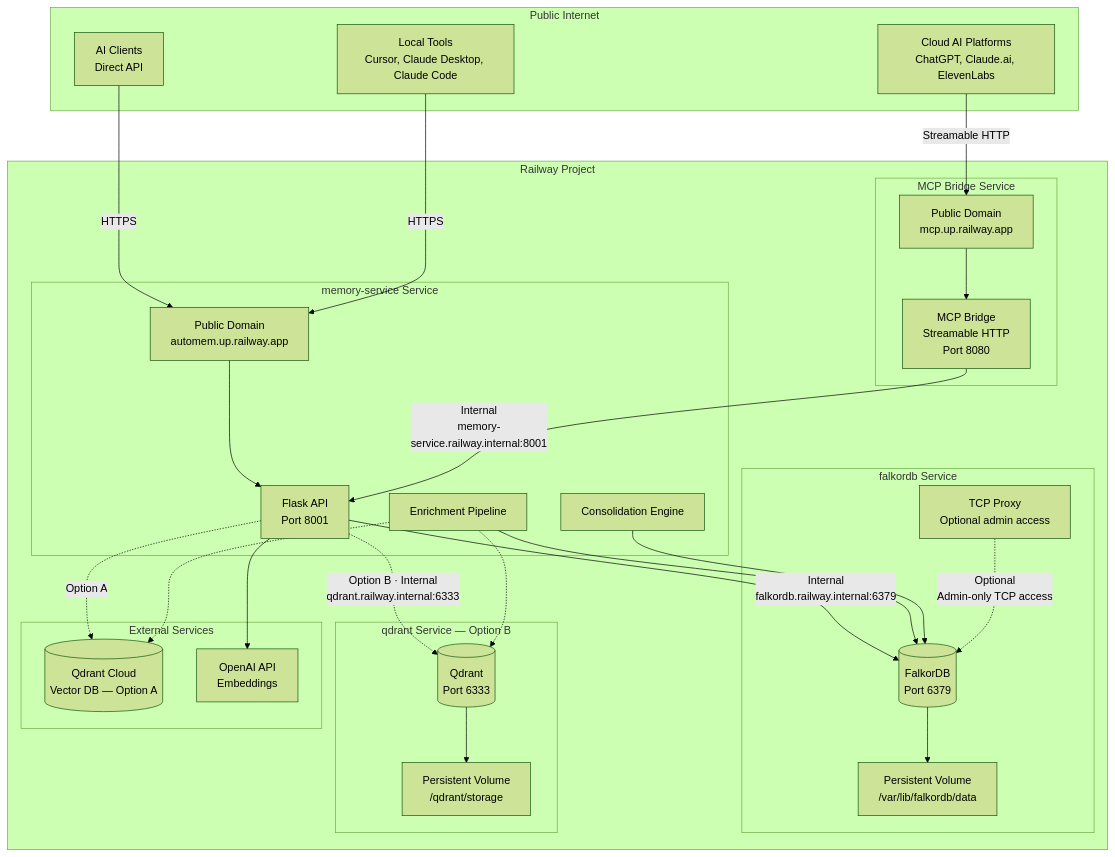
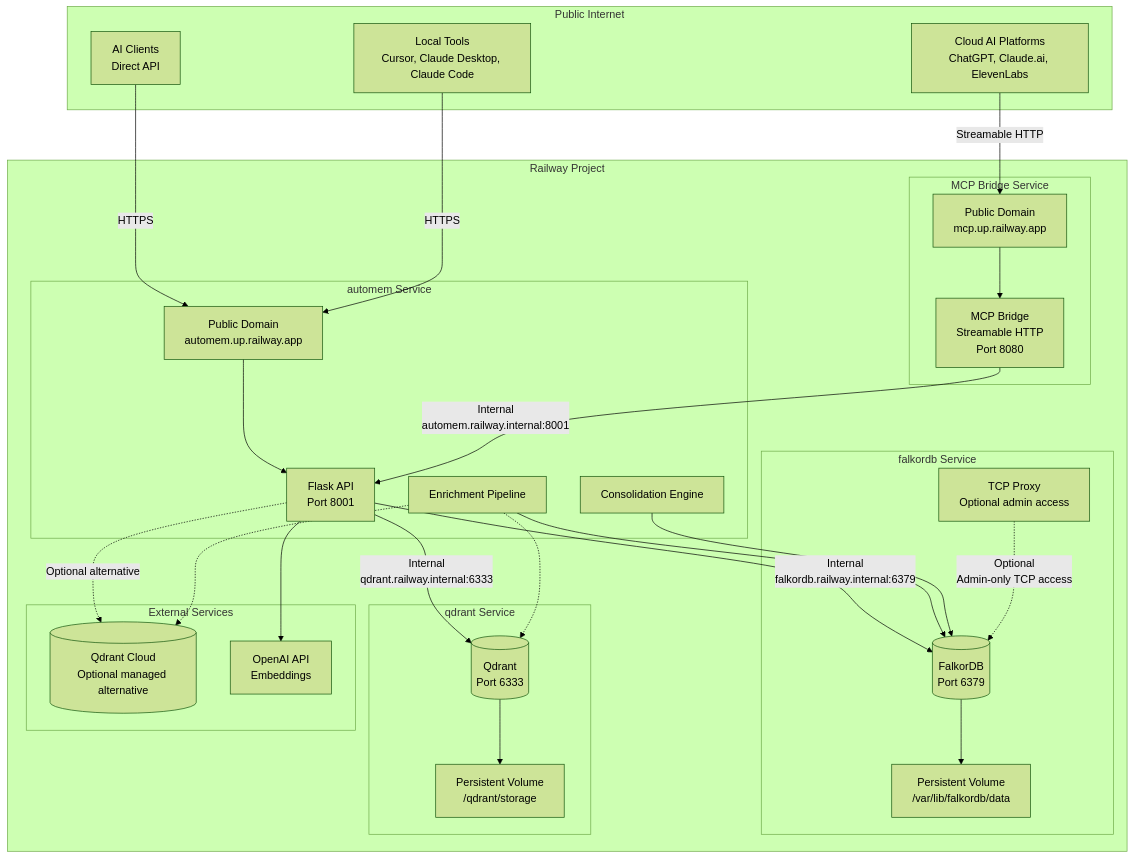
One commit to verygoodplugins/automem changed the diagram in docs/RAILWAY_DEPLOYMENT.md. Above: the diagram before and after it, drawn with Mermaid (forest theme). The commit also changed other lines of this file and 2 other files, not shown here.

First line of the commit message:
docs(railway): align service names with new template (automem, mcp-automem, qdrant, falkordb)

````diff
--- a/docs/RAILWAY_DEPLOYMENT.md
+++ b/docs/RAILWAY_DEPLOYMENT.md
@@ -16,63 +17,63 @@
 ```mermaid
 flowchart TB
     subgraph internet [Public Internet]
         Users[AI Clients<br/>Direct API]
         CloudAI[Cloud AI Platforms<br/>ChatGPT, Claude.ai, ElevenLabs]
         Local[Local Tools<br/>Cursor, Claude Desktop, Claude Code]
     end
 
     subgraph railway [Railway Project]
         subgraph mcpbridge [MCP Bridge Service]
             MCPServer[MCP Bridge<br/>Streamable HTTP<br/>Port 8080]
             MCPDomain[Public Domain<br/>mcp.up.railway.app]
         end
 
-        subgraph api [memory-service Service]
+        subgraph api [automem Service]
             FlaskAPI[Flask API<br/>Port 8001]
             APIDomain[Public Domain<br/>automem.up.railway.app]
 
             Enrichment[Enrichment Pipeline]
             Consolidation[Consolidation Engine]
         end
 
         subgraph db [falkordb Service]
             FalkorDB[(FalkorDB<br/>Port 6379)]
             Volume[Persistent Volume<br/>/var/lib/falkordb/data]
             TCPProxy[TCP Proxy<br/>Optional admin access]
         end
 
-        subgraph qdrantsvc [qdrant Service — Option B]
+        subgraph qdrantsvc [qdrant Service]
             Qdrant[(Qdrant<br/>Port 6333)]
             QdrantVolume[Persistent Volume<br/>/qdrant/storage]
         end
 
         subgraph external [External Services]
-            QdrantCloud[(Qdrant Cloud<br/>Vector DB — Option A)]
+            QdrantCloud[(Qdrant Cloud<br/>Optional managed alternative)]
             OpenAI[OpenAI API<br/>Embeddings]
         end
     end
 
     Users -->|HTTPS| APIDomain
     CloudAI -->|Streamable HTTP| MCPDomain
     Local -->|HTTPS| APIDomain
 
     MCPDomain --> MCPServer
     APIDomain --> FlaskAPI
 
-    MCPServer -->|Internal<br/>memory-service.railway.internal:8001| FlaskAPI
+    MCPServer -->|Internal<br/>automem.railway.internal:8001| FlaskAPI
 
     FlaskAPI -->|Internal<br/>falkordb.railway.internal:6379| FalkorDB
-    FlaskAPI -.->|Option A| QdrantCloud
-    FlaskAPI -.->|Option B · Internal<br/>qdrant.railway.internal:6333| Qdrant
+    FlaskAPI -->|Internal<br/>qdrant.railway.internal:6333| Qdrant
+    FlaskAPI -.->|Optional alternative| QdrantCloud
     FlaskAPI --> OpenAI
 
     Enrichment --> FalkorDB
     Enrichment -.-> QdrantCloud
     Enrichment -.-> Qdrant
     Consolidation --> FalkorDB
 
     FalkorDB --> Volume
     Qdrant --> QdrantVolume
 
     TCPProxy -.->|Optional<br/>Admin-only TCP access| FalkorDB
 ```
````
